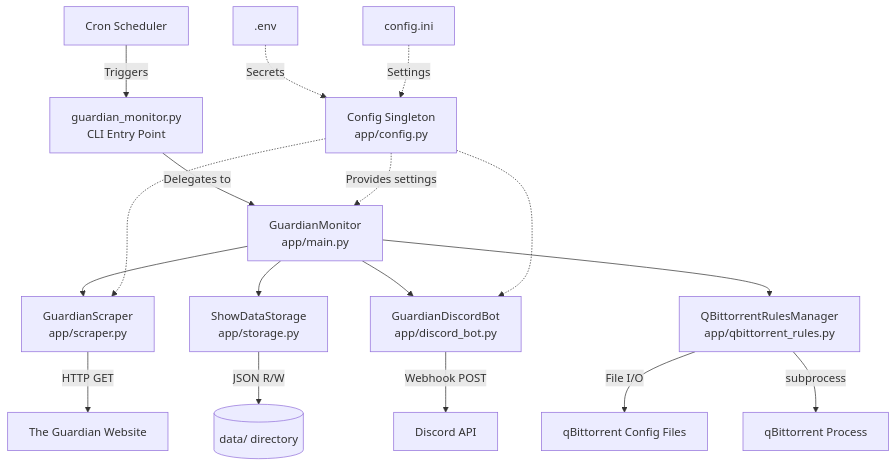
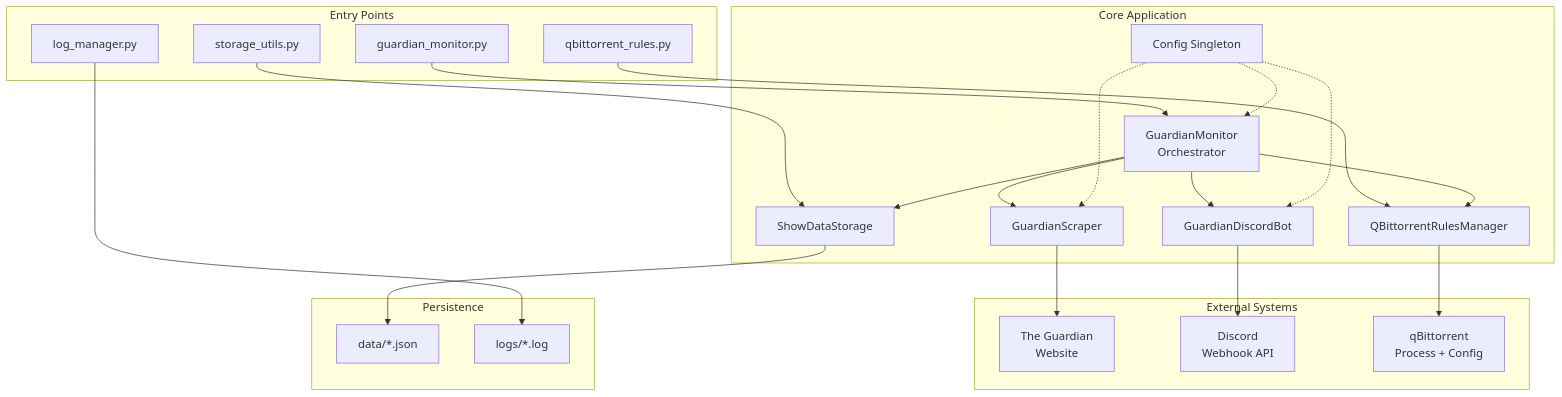
One commit to frankenwino/guardian-seven-best-shows-monitor changed the first of 3 diagrams in .agents/summary/architecture.md. Above: the diagram before and after it, drawn with Mermaid. The commit also changed other lines of this file and 12 other files, not shown here.

````diff
--- a/.agents/summary/architecture.md
+++ b/.agents/summary/architecture.md
@@ -7,23 +7,47 @@
 ```mermaid
 graph TB
-    CRON[Cron Scheduler] -->|Triggers| CLI[guardian_monitor.py<br/>CLI Entry Point]
-    CLI -->|Delegates to| MAIN[GuardianMonitor<br/>app/main.py]
-    
-    MAIN --> SCRAPER[GuardianScraper<br/>app/scraper.py]
-    MAIN --> STORAGE[ShowDataStorage<br/>app/storage.py]
-    MAIN --> DISCORD[GuardianDiscordBot<br/>app/discord_bot.py]
-    MAIN --> QBT[QBittorrentRulesManager<br/>app/qbittorrent_rules.py]
-    
-    SCRAPER -->|HTTP GET| GUARDIAN[The Guardian Website]
-    DISCORD -->|Webhook POST| DISCORD_API[Discord API]
-    QBT -->|File I/O| QBT_CONFIG[qBittorrent Config Files]
-    QBT -->|subprocess| QBT_PROC[qBittorrent Process]
-    STORAGE -->|JSON R/W| DATA[(data/ directory)]
-    
-    CONFIG[Config Singleton<br/>app/config.py] -.->|Provides settings| MAIN
-    CONFIG -.-> SCRAPER
-    CONFIG -.-> DISCORD
-    
-    ENV[.env] -.->|Secrets| CONFIG
-    INI[config.ini] -.->|Settings| CONFIG
+    subgraph "Entry Points"
+        CLI[guardian_monitor.py]
+        QBT_CLI[qbittorrent_rules.py]
+        STOR_CLI[storage_utils.py]
+        LOG_CLI[log_manager.py]
+    end
+
+    subgraph "Core Application"
+        M[GuardianMonitor<br/>Orchestrator]
+        S[GuardianScraper]
+        ST[ShowDataStorage]
+        D[GuardianDiscordBot]
+        Q[QBittorrentRulesManager]
+        C[Config Singleton]
+    end
+
+    subgraph "External Systems"
+        GUARDIAN[The Guardian<br/>Website]
+        DISCORD[Discord<br/>Webhook API]
+        QBT[qBittorrent<br/>Process + Config]
+    end
+
+    subgraph "Persistence"
+        DATA[data/*.json]
+        LOGS[logs/*.log]
+    end
+
+    CLI --> M
+    QBT_CLI --> Q
+    STOR_CLI --> ST
+    LOG_CLI --> LOGS
+
+    M --> S
+    M --> ST
+    M --> D
+    M --> Q
+    C -.-> M
+    C -.-> S
+    C -.-> D
+
+    S --> GUARDIAN
+    D --> DISCORD
+    Q --> QBT
+    ST --> DATA
 ```
````
